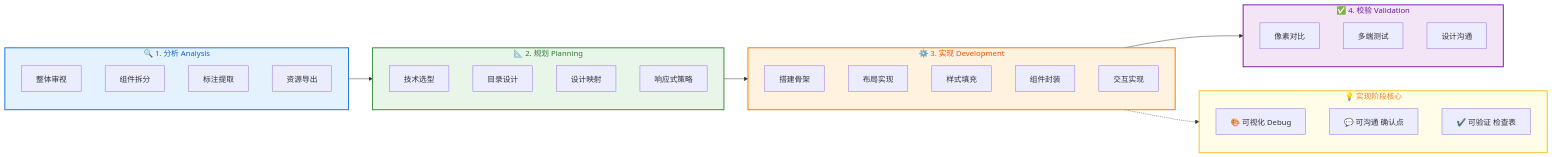
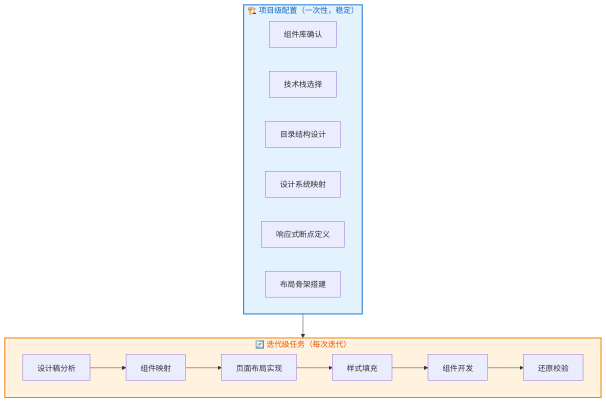
Before and after one commit to catface996/front-workflow: the diagram in README.md, drawn with Mermaid. The commit also changed other lines of this file and 1 other file, not shown here.

````diff
--- a/README.md
+++ b/README.md
@@ -8,45 +10,26 @@
 ```mermaid
-flowchart LR
-    subgraph A["🔍 1. 分析 Analysis"]
-        A1["整体审视"]
-        A2["组件拆分"]
-        A3["标注提取"]
-        A4["资源导出"]
+flowchart TB
+    subgraph P["🏗️ 项目级配置（一次性，稳定）"]
+        P1["组件库确认"]
+        P2["技术栈选择"]
+        P3["目录结构设计"]
+        P4["设计系统映射"]
+        P5["响应式断点定义"]
+        P6["布局骨架搭建"]
     end
 
-    subgraph B["📐 2. 规划 Planning"]
-        B1["技术选型"]
-        B2["目录设计"]
-        B3["设计映射"]
-        B4["响应式策略"]
+    subgraph I["🔄 迭代级任务（每次迭代）"]
+        I1["设计稿分析"]
+        I2["组件映射"]
+        I3["页面布局实现"]
+        I4["样式填充"]
+        I5["组件开发"]
+        I6["还原校验"]
     end
 
-    subgraph C["⚙️ 3. 实现 Development"]
-        C1["搭建骨架"]
-        C2["布局实现"]
-        C3["样式填充"]
-        C4["组件封装"]
-        C5["交互实现"]
-    end
+    P --> I
+    I1 --> I2 --> I3 --> I4 --> I5 --> I6
 
-    subgraph D["✅ 4. 校验 Validation"]
-        D1["像素对比"]
-        D2["多端测试"]
-        D3["设计沟通"]
-    end
-
-    subgraph E["💡 实现阶段核心"]
-        E1["🎨 可视化 Debug"]
-        E2["💬 可沟通 确认点"]
-        E3["✔️ 可验证 检查表"]
-    end
-
-    A --> B --> C --> D
-    C -.-> E
-
-    style A fill:#e3f2fd,stroke:#1976d2,stroke-width:2px,color:#1565c0
-    style B fill:#e8f5e9,stroke:#388e3c,stroke-width:2px,color:#2e7d32
-    style C fill:#fff3e0,stroke:#f57c00,stroke-width:2px,color:#e65100
-    style D fill:#f3e5f5,stroke:#7b1fa2,stroke-width:2px,color:#6a1b9a
-    style E fill:#fffde7,stroke:#fbc02d,stroke-width:2px,color:#f57f17
+    style P fill:#e3f2fd,stroke:#1976d2,stroke-width:2px,color:#1565c0
+    style I fill:#fff3e0,stroke:#f57c00,stroke-width:2px,color:#e65100
 ```
````
